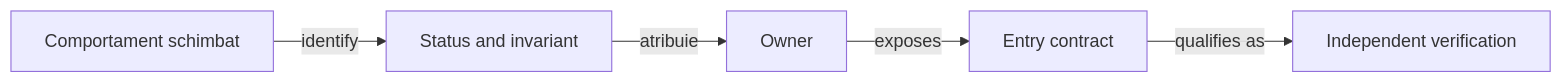
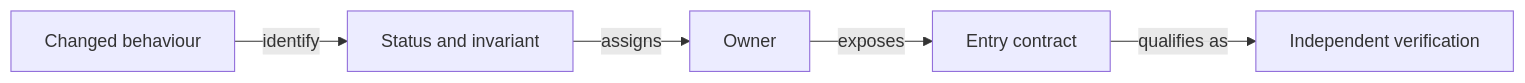
Before and after one commit to crististefanita/atf_j4: the diagram in docs/governance/ATF_Packages.md, drawn with Mermaid. The commit also changed other lines of this file and 126 other files, not shown here.

````diff
--- a/docs/governance/ATF_Packages.md
+++ b/docs/governance/ATF_Packages.md
@@ -11,7 +11,7 @@
 ```mermaid
 flowchart LR
-    CHANGE[Comportament schimbat] -->|identify| STATE[Status and invariant]
-    STATE -->|atribuie| OWNER[Owner]
+    CHANGE[Changed behaviour] -->|identify| STATE[Status and invariant]
+    STATE -->|assigns| OWNER[Owner]
     OWNER -->|exposes| API[Entry contract]
     API -->|qualifies as| CHECK[Independent verification]
 ```
````
